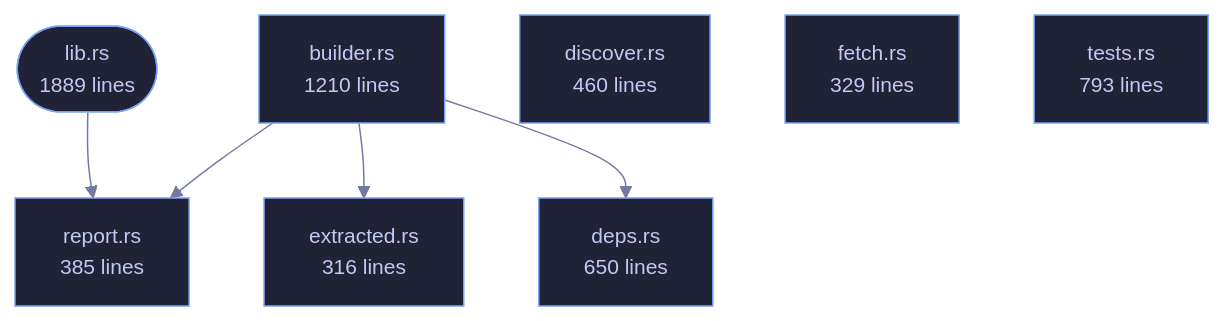
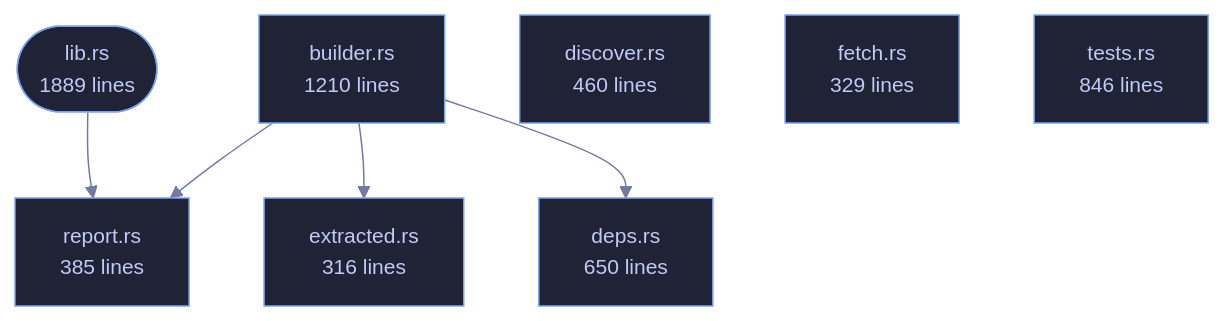
The diagram in wiki/Crate-veilvoice-verify.md (tilas01/veilvoice), drawn with Mermaid before and after one commit. The commit also changed other lines of this file and 27 other files, not shown here.

````diff
--- a/wiki/Crate-veilvoice-verify.md
+++ b/wiki/Crate-veilvoice-verify.md
@@ -80,24 +80,24 @@
 ```mermaid
 %%{init: {"theme":"base","themeVariables":{"background":"#1a1b26","primaryColor":"#1f2335","primaryTextColor":"#c0caf5","primaryBorderColor":"#7aa2f7","secondaryColor":"#16161e","tertiaryColor":"#16161e","lineColor":"#737aa2","textColor":"#c0caf5","mainBkg":"#1f2335","nodeBorder":"#7aa2f7","clusterBkg":"#16161e","clusterBorder":"#2f3549","fontFamily":"ui-monospace, SFMono-Regular, Consolas, monospace","fontSize":"14px"}}}%%
 flowchart TD
     n_lib(["lib.rs<br/>1889 lines"])
     n_builder["builder.rs<br/>1210 lines"]
     n_deps["deps.rs<br/>650 lines"]
     n_discover["discover.rs<br/>460 lines"]
     n_extracted["extracted.rs<br/>316 lines"]
     n_fetch["fetch.rs<br/>329 lines"]
     n_report["report.rs<br/>385 lines"]
-    n_tests["tests.rs<br/>793 lines"]
+    n_tests["tests.rs<br/>846 lines"]
     n_builder --> n_deps
     n_builder --> n_extracted
     n_builder --> n_report
     n_lib --> n_report
     click n_lib href "https://github.com/tilas01/veilvoice/blob/main/crates/veilvoice-verify/src/lib.rs" "open the source"
     click n_builder href "https://github.com/tilas01/veilvoice/blob/main/crates/veilvoice-verify/src/builder.rs" "open the source"
     click n_deps href "https://github.com/tilas01/veilvoice/blob/main/crates/veilvoice-verify/src/deps.rs" "open the source"
     click n_discover href "https://github.com/tilas01/veilvoice/blob/main/crates/veilvoice-verify/src/discover.rs" "open the source"
     click n_extracted href "https://github.com/tilas01/veilvoice/blob/main/crates/veilvoice-verify/src/extracted.rs" "open the source"
     click n_fetch href "https://github.com/tilas01/veilvoice/blob/main/crates/veilvoice-verify/src/fetch.rs" "open the source"
     click n_report href "https://github.com/tilas01/veilvoice/blob/main/crates/veilvoice-verify/src/report.rs" "open the source"
     click n_tests href "https://github.com/tilas01/veilvoice/blob/main/crates/veilvoice-verify/src/tests.rs" "open the source"
 ```
````
